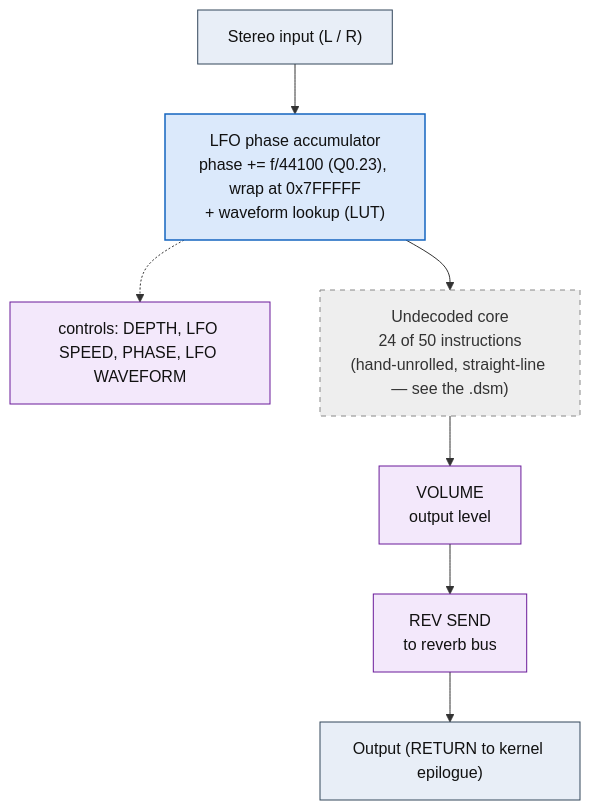
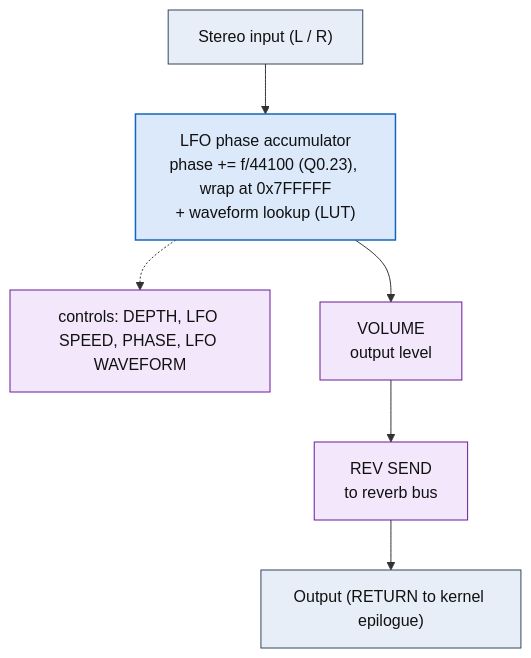
Before and after one commit to ArqueologiaDigital/kn5000-roms-disasm: the diagram in dsp/flowcharts/prog48_auto_pan.md, drawn with Mermaid. The commit also changed other lines of this file and 39 other files, not shown here.

First line of the commit message:
dsp: annotate all flowcharts with the classic effect topology each shape matches

````diff
--- a/dsp/flowcharts/prog48_auto_pan.md
+++ b/dsp/flowcharts/prog48_auto_pan.md
@@ -12,27 +12,24 @@
 ```mermaid
 flowchart TD
     N0["Stereo input (L / R)"]
     N1["LFO phase accumulator<br/>phase += f/44100 (Q0.23), wrap at 0x7FFFFF<br/>+ waveform lookup (LUT)"]
     N0 --> N1
     N2["controls: DEPTH, LFO SPEED, PHASE, LFO WAVEFORM"]
     N1 -.-> N2
-    N3["Undecoded core<br/>24 of 50 instructions<br/>(hand-unrolled, straight-line &mdash; see the .dsm)"]
+    N3["VOLUME<br/>output level"]
     N1 --> N3
-    N4["VOLUME<br/>output level"]
+    N4["REV SEND<br/>to reverb bus"]
     N3 --> N4
-    N5["REV SEND<br/>to reverb bus"]
+    N5["Output (RETURN to kernel epilogue)"]
     N4 --> N5
-    N6["Output (RETURN to kernel epilogue)"]
-    N5 --> N6
 
     classDef io fill:#e8eef7,stroke:#33475b,stroke-width:1px,color:#111;
     classDef proven fill:#d7f0d7,stroke:#2e7d32,stroke-width:2px,color:#111;
     classDef measured fill:#dbe9fb,stroke:#1565c0,stroke-width:1.5px,color:#111;
     classDef inferred fill:#fdf0d5,stroke:#b8860b,stroke-width:1.5px,color:#111;
     classDef open fill:#eeeeee,stroke:#888,stroke-width:1px,color:#333,stroke-dasharray:5 5;
     classDef ctrl fill:#f3e8fb,stroke:#6a1b9a,stroke-width:1px,color:#111;
-    class N0,N6 io;
+    class N0,N5 io;
     class N1 measured;
-    class N2,N4,N5 ctrl;
-    class N3 open;
+    class N2,N3,N4 ctrl;
 ```
````
